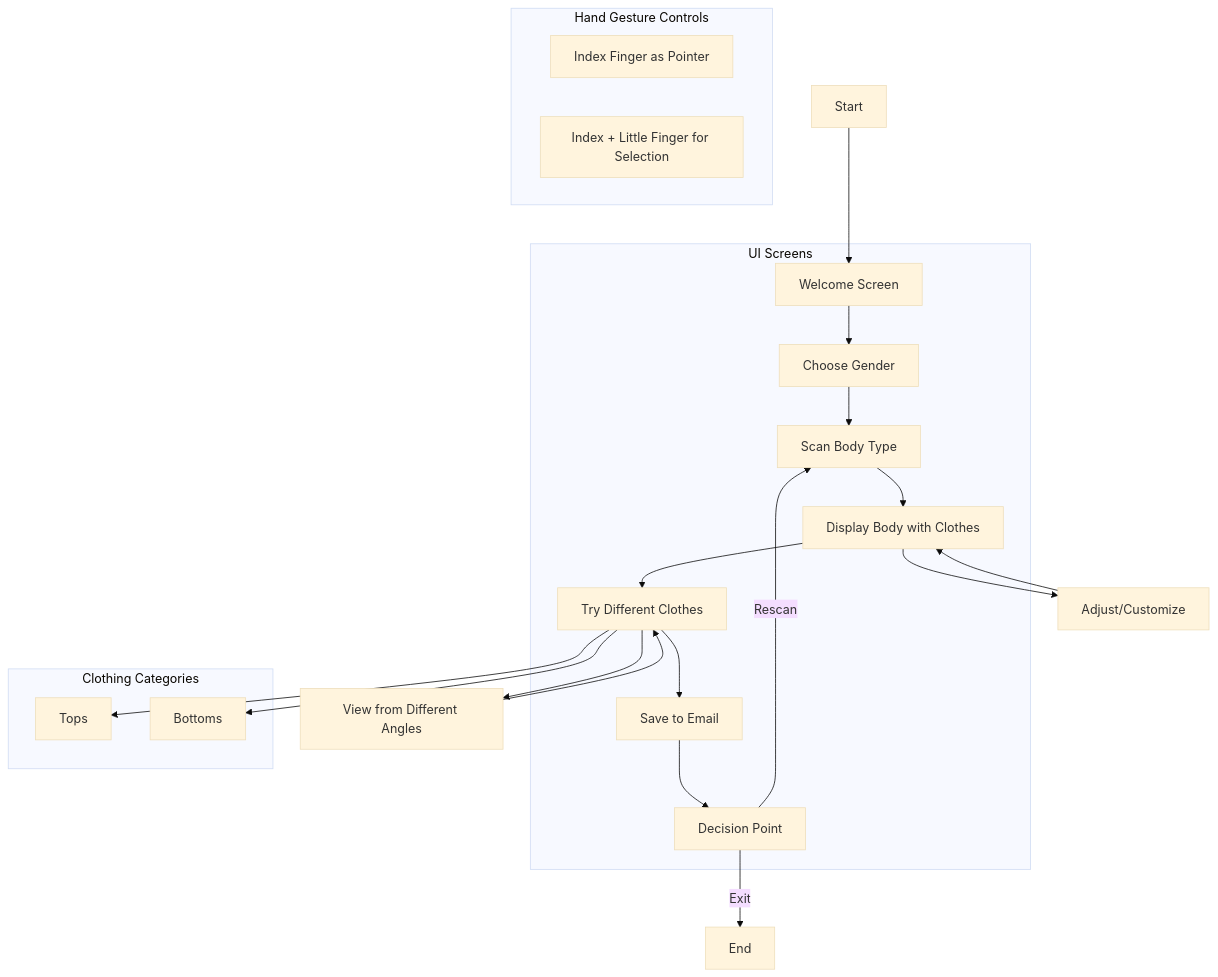
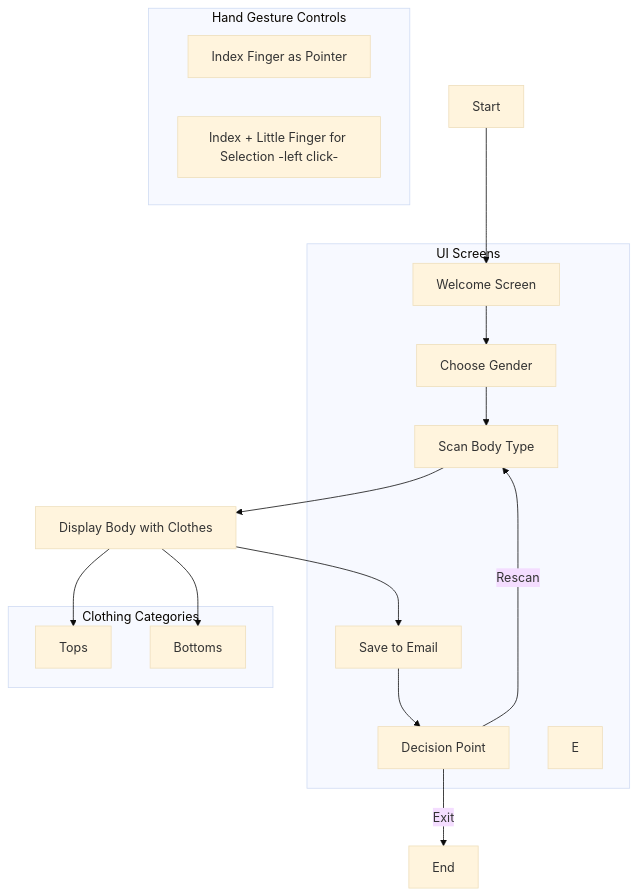
Before and after one commit to Blindheroes/Final-virtual-tryon-game: the diagram in game_flow.mermaid, drawn with Mermaid (base theme). The commit also changed 33 other files, not shown here.

```diff
--- a/game_flow.mermaid
+++ b/game_flow.mermaid
@@ -1,42 +1,36 @@
 graph TD
     A[Start] --> B[Welcome Screen]
     B --> C[Choose Gender]
     C --> D[Scan Body Type]
-    D --> E[Display Body with Clothes]
-    E --> F[Try Different Clothes]
+    D --> F[Display Body with Clothes]
     F --> G[Save to Email]
     G --> H[Decision Point]
     H -->|Rescan| D
     H -->|Exit| I[End]
     
     %% Additional interactions
-    E --> J[Adjust/Customize]
-    J --> E
-    F --> K[View from Different Angles]
-    K --> F
     
     %% Gesture Control
     subgraph "Hand Gesture Controls"
         GC1[Index Finger as Pointer]
-        GC2[Index + Little Finger for Selection]
+        GC2[Index + Little Finger for Selection -left click-]
     end
     
     %% UI Components
     subgraph "UI Screens"
         B
         C
         D
         E
-        F
         G
         H
     end
     
     %% Clothing Options
     subgraph "Clothing Categories"
         CL1[Tops]
         CL2[Bottoms]
     end
     
     F --> CL1
     F --> CL2
```
